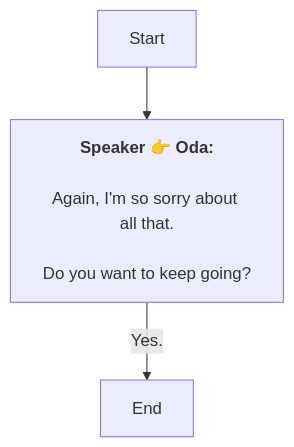
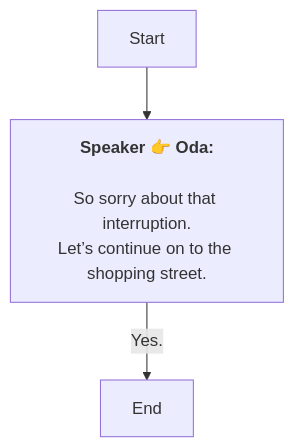
Before and after one commit to SoftHu/tos_avg: the diagram in En/QuestStartTalkENode_1772261162942652.md, drawn with Mermaid. The commit also changed 410 other files, not shown here.

````diff
--- a/En/QuestStartTalkENode_1772261162942652.md
+++ b/En/QuestStartTalkENode_1772261162942652.md
@@ -1,8 +1,8 @@
 ```mermaid
 graph
 Start -->1772261313100991[<b>Speaker 👉 Oda:</b>
-\nAgain, I'm so sorry about all that.
-\nDo you want to keep going?]
+\nSo sorry about that interruption.
+Let’s continue on to the shopping street.]
 1772261313100991 -->|Yes.|1772261338034369[End]
 
 ```
````
